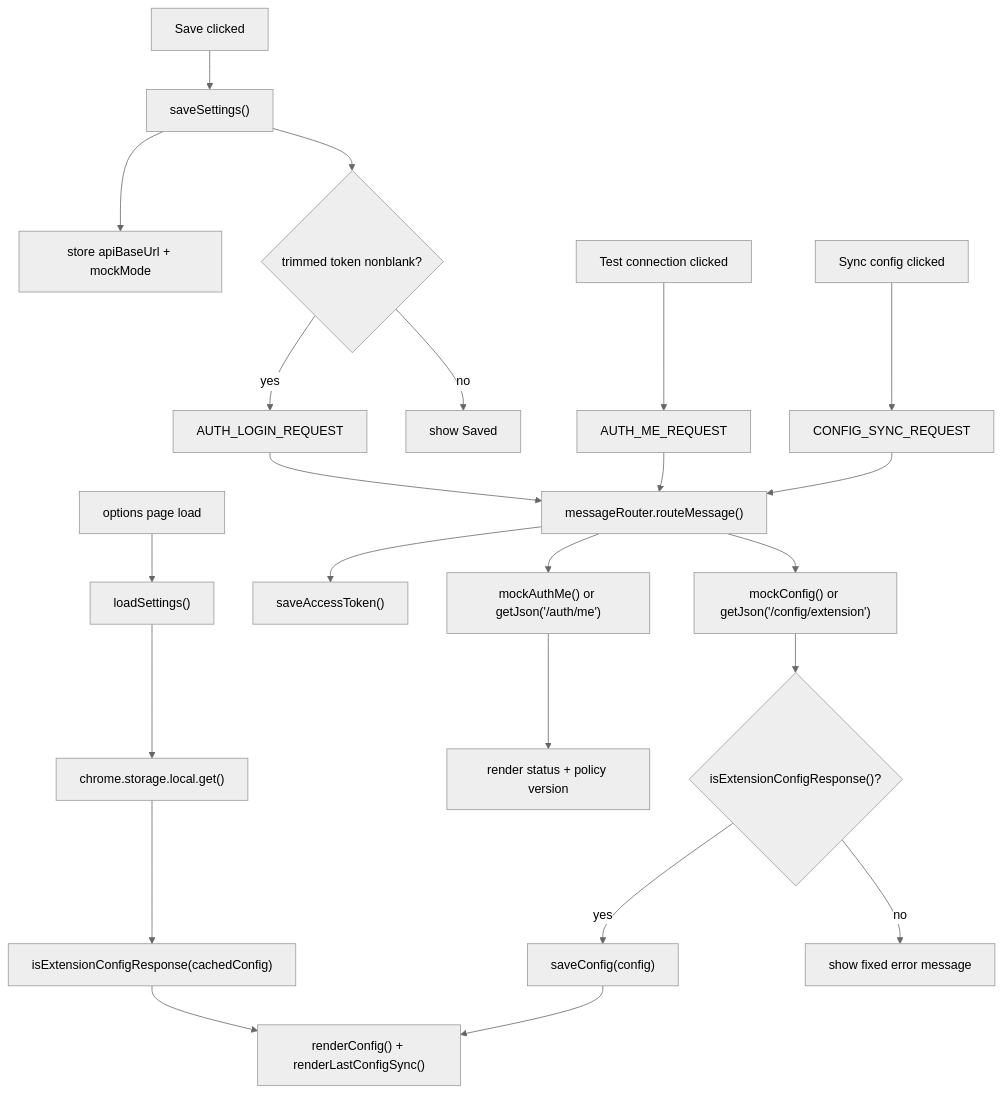
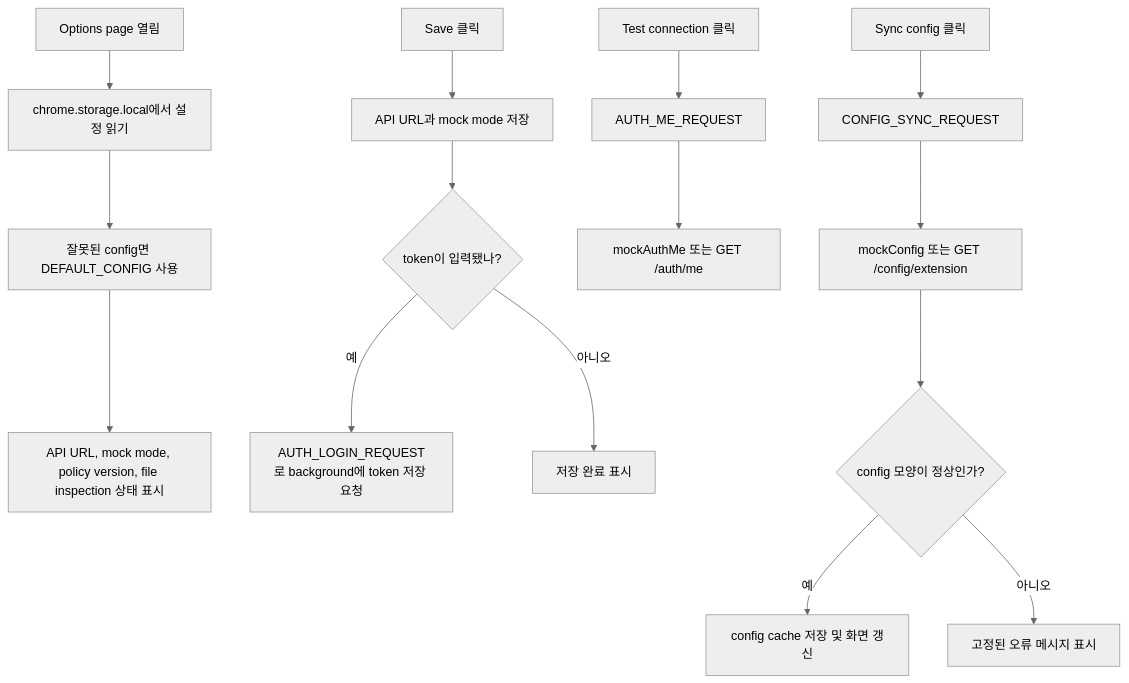
Before and after one commit to OaSecure/PromptGuard: the fifth of 10 diagrams in docs/references/promptguard-extension-implementation-status-2026-05-22.md, drawn with Mermaid (neutral theme). The commit also changed other lines of this file, not shown here.

Commit message:
Clarify implementation status for handoff

````diff
--- a/docs/references/promptguard-extension-implementation-status-2026-05-22.md
+++ b/docs/references/promptguard-extension-implementation-status-2026-05-22.md
@@ -314,25 +326,17 @@
 ```mermaid
 graph TD
-  OptionsLoad["options page load"] --> LoadSettings["loadSettings()"]
-  LoadSettings --> ReadStorage["chrome.storage.local.get()"]
-  ReadStorage --> ConfigGuard["isExtensionConfigResponse(cachedConfig)"]
-  ConfigGuard --> Render["renderConfig() + renderLastConfigSync()"]
-  SaveClick["Save clicked"] --> SaveSettings["saveSettings()"]
-  SaveSettings --> SaveOperational["store apiBaseUrl + mockMode"]
-  SaveSettings --> TokenEntered{"trimmed token nonblank?"}
-  TokenEntered -->|yes| LoginMessage["AUTH_LOGIN_REQUEST"]
-  TokenEntered -->|no| SavedStatus["show Saved"]
-  LoginMessage --> Router["messageRouter.routeMessage()"]
-  Router --> SaveToken["saveAccessToken()"]
-  TestClick["Test connection clicked"] --> AuthMessage["AUTH_ME_REQUEST"]
-  AuthMessage --> Router
-  Router --> AuthBoundary["mockAuthMe() or getJson('/auth/me')"]
-  AuthBoundary --> ConnectionStatus["render status + policy version"]
-  SyncClick["Sync config clicked"] --> SyncMessage["CONFIG_SYNC_REQUEST"]
-  SyncMessage --> Router
-  Router --> ConfigBoundary["mockConfig() or getJson('/config/extension')"]
-  ConfigBoundary --> ResponseValid{"isExtensionConfigResponse()?"}
-  ResponseValid -->|yes| SaveConfig["saveConfig(config)"]
-  ResponseValid -->|no| ConfigError["show fixed error message"]
-  SaveConfig --> Render
+  A["Options page 열림"] --> B["chrome.storage.local에서 설정 읽기"]
+  B --> C["잘못된 config면 DEFAULT_CONFIG 사용"]
+  C --> D["API URL, mock mode, policy version, file inspection 상태 표시"]
+  E["Save 클릭"] --> F["API URL과 mock mode 저장"]
+  F --> G{"token이 입력됐나?"}
+  G -->|예| H["AUTH_LOGIN_REQUEST로 background에 token 저장 요청"]
+  G -->|아니오| I["저장 완료 표시"]
+  J["Test connection 클릭"] --> K["AUTH_ME_REQUEST"]
+  K --> L["mockAuthMe 또는 GET /auth/me"]
+  M["Sync config 클릭"] --> N["CONFIG_SYNC_REQUEST"]
+  N --> O["mockConfig 또는 GET /config/extension"]
+  O --> P{"config 모양이 정상인가?"}
+  P -->|예| Q["config cache 저장 및 화면 갱신"]
+  P -->|아니오| R["고정된 오류 메시지 표시"]
 ```
````
